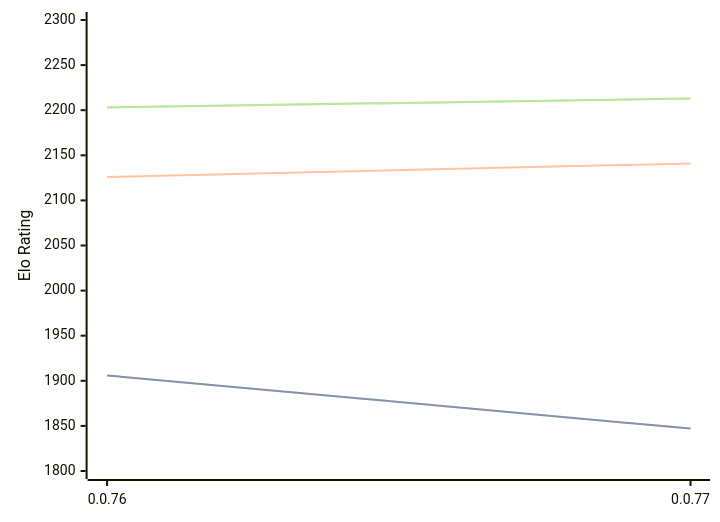
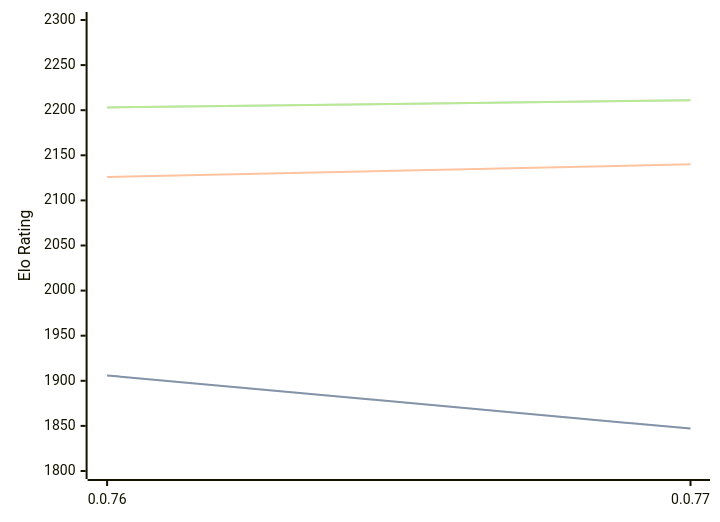
The first of 3 diagrams in engines/Fktb.md (computer-chess-index/cci), drawn with Mermaid before and after one commit. The commit also changed other lines of this file, not shown here.

Commit message:
Update CCI Ratings (ELO VLTC) - 2026-06-21

````diff
--- a/engines/Fktb.md
+++ b/engines/Fktb.md
@@ -32,11 +32,11 @@
 ```mermaid
 %%{init: {"theme":"base","themeVariables":{"seriesColors:['#a3a3a3','#222221','#faa371']}}}%%
 xychart-beta
   x-axis ["0.0.76", "0.0.77"]
   y-axis "Elo Rating" 1800 --> 2300
   line "STC (8.0+0.08s)" [1906, 1847]
   line "STC (8.0+0.08s)" [1906, 1847]
-  line "LTC (60.0+0.60s)" [2126, 2141]
-  line "VLTC (2m24s+1.12s)" [2203, 2213]
-  line "VLTC (2m24s+1.12s)" [2203, 2213]
+  line "LTC (60.0+0.60s)" [2126, 2140]
+  line "VLTC (2m24s+1.12s)" [2203, 2211]
+  line "VLTC (2m24s+1.12s)" [2203, 2211]
 ```
````
